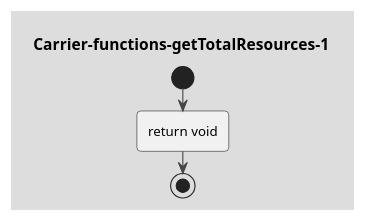
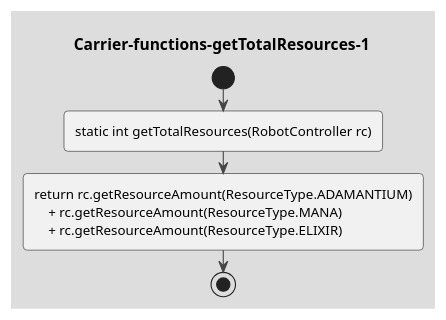
Before and after one commit to coding-to-music/plantuml-diagram-examples: the diagram in drawings/Carrier-functions-getTotalResources-1.puml, drawn with PlantUML. The commit also changed 8 other files, not shown here.

```diff
--- a/drawings/Carrier-functions-getTotalResources-1.puml
+++ b/drawings/Carrier-functions-getTotalResources-1.puml
@@ -1,13 +1,13 @@
 @startuml Carrier-functions-getTotalResources-1
 !theme toy 
 title Carrier-functions-getTotalResources-1
 start
 
-' static int getTotalResources(RobotController rc) {
-' return rc.getResourceAmount(ResourceType.ADAMANTIUM) 
-'     + rc.getResourceAmount(ResourceType.MANA) 
-'     + rc.getResourceAmount(ResourceType.ELIXIR);
+:static int getTotalResources(RobotController rc);
 
-:return void; 
+:return rc.getResourceAmount(ResourceType.ADAMANTIUM) 
+    + rc.getResourceAmount(ResourceType.MANA) 
+    + rc.getResourceAmount(ResourceType.ELIXIR);
+
 stop
 @enduml
```
